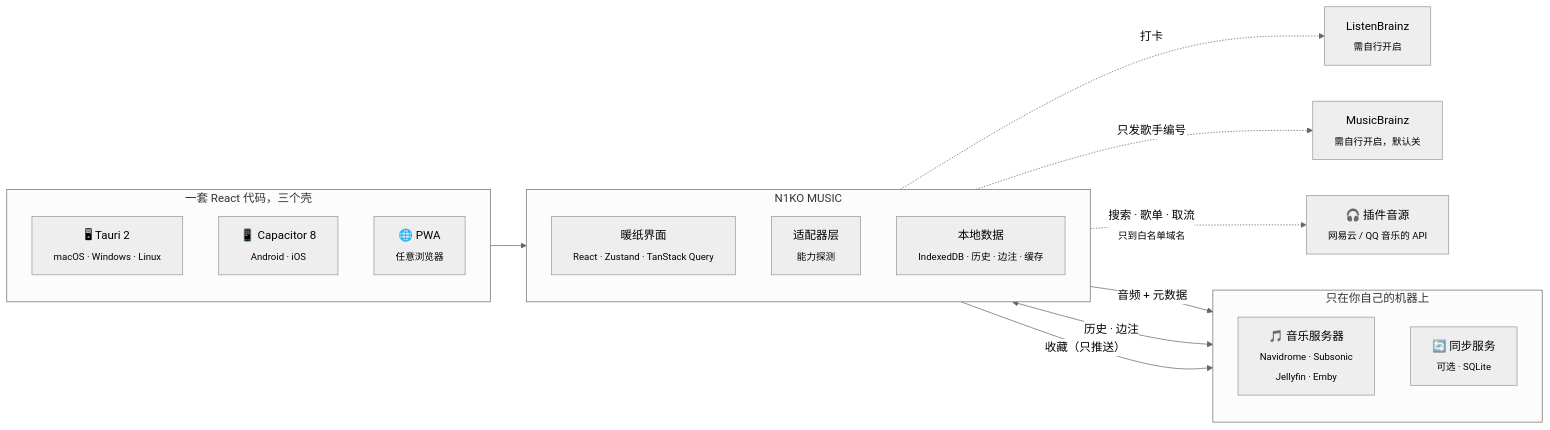
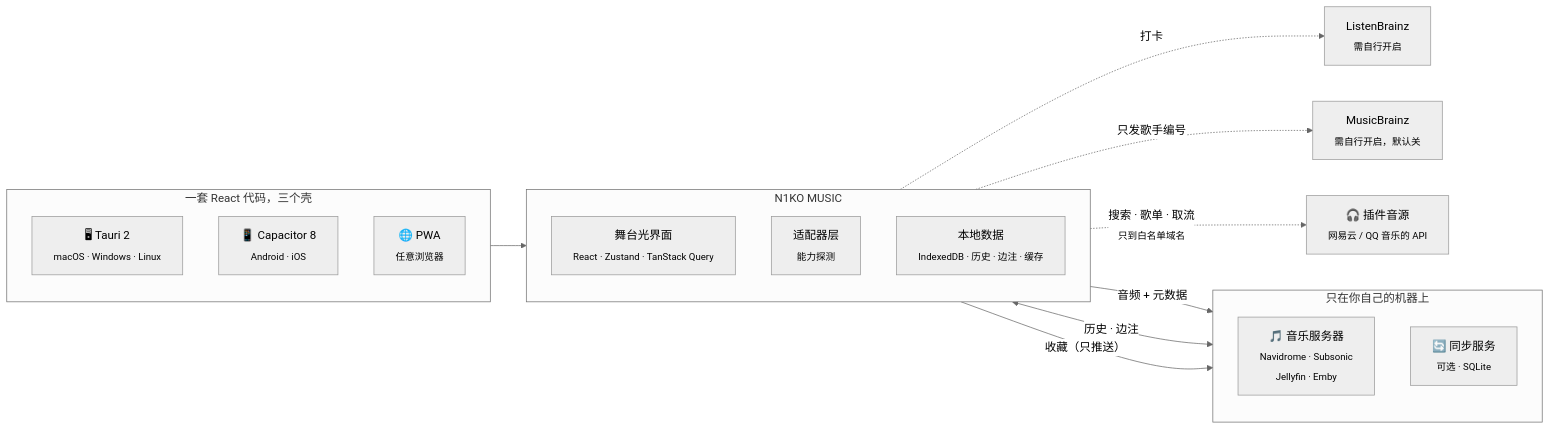
The diagram in README_CN.md (baogutang/N1KO-MUSIC), drawn with Mermaid (neutral theme) before and after one commit. The commit also changed other lines of this file and 33 other files, not shown here.

First line of the commit message:
docs: README 与官网改成 v6「舞台光」——文案、截图、吉祥物、分享图同步

````diff
--- a/README_CN.md
+++ b/README_CN.md
@@ -269,34 +279,34 @@
 ```mermaid
 flowchart LR
     subgraph shells["一套 React 代码，三个壳"]
         direction TB
         D["🖥 Tauri 2<br/><sub>macOS · Windows · Linux</sub>"]
         M["📱 Capacitor 8<br/><sub>Android · iOS</sub>"]
         W["🌐 PWA<br/><sub>任意浏览器</sub>"]
     end
 
     subgraph app["N1KO MUSIC"]
         direction TB
-        UI["暖纸界面<br/><sub>React · Zustand · TanStack Query</sub>"]
+        UI["舞台光界面<br/><sub>React · Zustand · TanStack Query</sub>"]
         AD["适配器层<br/><sub>能力探测</sub>"]
         LO["本地数据<br/><sub>IndexedDB · 历史 · 边注 · 缓存</sub>"]
     end
 
     subgraph yours["只在你自己的机器上"]
         direction TB
         S["🎵 音乐服务器<br/><sub>Navidrome · Subsonic<br/>Jellyfin · Emby</sub>"]
         B["🔄 同步服务<br/><sub>可选 · SQLite</sub>"]
     end
 
     shells --> app
     AD -->|"音频 + 元数据"| S
     LO <-->|"历史 · 边注"| B
     LO -->|"收藏（只推送）"| B
 
     LB["ListenBrainz<br/><sub>需自行开启</sub>"]
     MB["MusicBrainz<br/><sub>需自行开启，默认关</sub>"]
     P["🎧 插件音源<br/><sub>网易云 / QQ 音乐的 API</sub>"]
     LO -.->|"打卡"| LB
     AD -.->|"只发歌手编号"| MB
     AD -.->|"搜索 · 歌单 · 取流<br/><sub>只到白名单域名</sub>"| P
 ```
````
